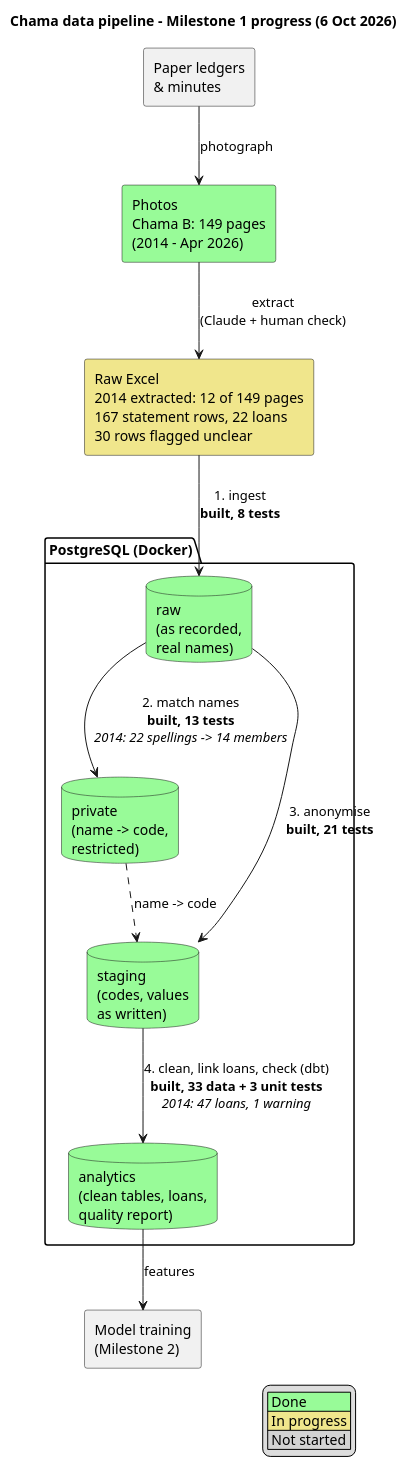
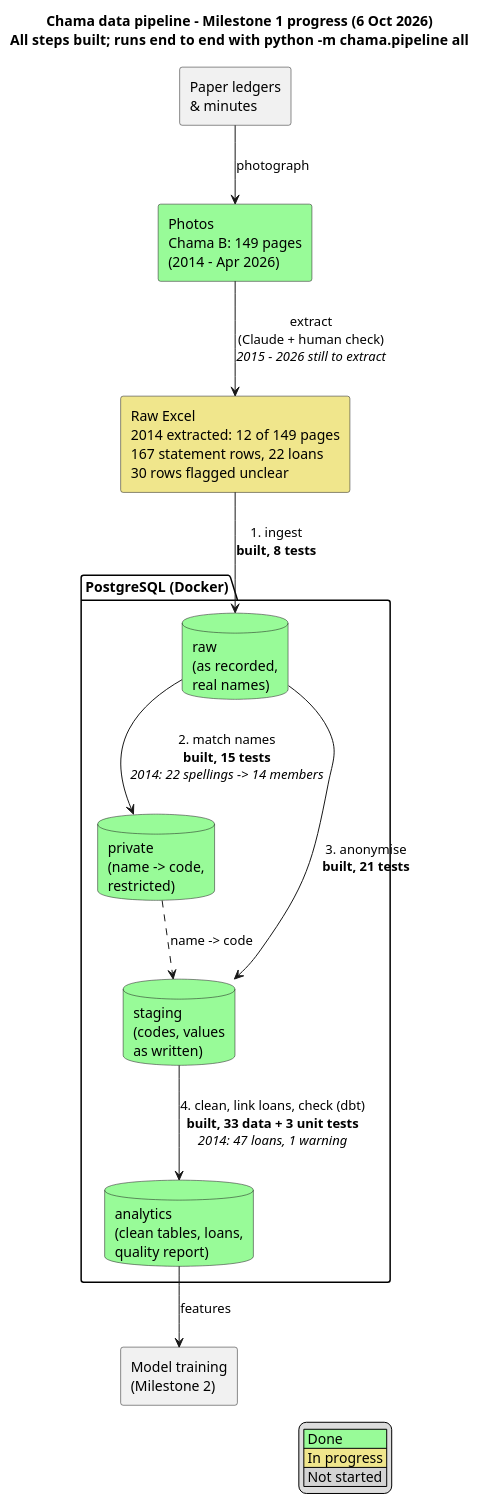
The diagram in docs/diagrams/m1_progress.puml (muriithi-alvin/chama-loan-default), drawn with PlantUML before and after one commit. The commit also changed 3 other files, not shown here.

```diff
--- a/docs/diagrams/m1_progress.puml
+++ b/docs/diagrams/m1_progress.puml
@@ -1,33 +1,33 @@
 @startuml m1_progress
-title Chama data pipeline - Milestone 1 progress (6 Oct 2026)
+title Chama data pipeline - Milestone 1 progress (6 Oct 2026)\nAll steps built; runs end to end with  python -m chama.pipeline all
 skinparam componentStyle rectangle
 skinparam shadowing false
 
 rectangle "Paper ledgers\n& minutes" as ledgers
 rectangle "Photos\nChama B: 149 pages\n(2014 - Apr 2026)" as photos #palegreen
 rectangle "Raw Excel\n2014 extracted: 12 of 149 pages\n167 statement rows, 22 loans\n30 rows flagged unclear" as excel #khaki
 
 package "PostgreSQL (Docker)" {
   database "raw\n(as recorded,\nreal names)" as raw #palegreen
   database "private\n(name -> code,\nrestricted)" as priv #palegreen
   database "staging\n(codes, values\nas written)" as staging #palegreen
   database "analytics\n(clean tables, loans,\nquality report)" as analytics #palegreen
 }
 
 rectangle "Model training\n(Milestone 2)" as model
 
 ledgers --> photos : photograph
-photos --> excel : extract\n(Claude + human check)
+photos --> excel : extract\n(Claude + human check)\n<i>2015 - 2026 still to extract</i>
 excel --> raw : 1. ingest\n<b>built, 8 tests</b>
-raw --> priv : 2. match names\n<b>built, 13 tests</b>\n<i>2014: 22 spellings -> 14 members</i>
+raw --> priv : 2. match names\n<b>built, 15 tests</b>\n<i>2014: 22 spellings -> 14 members</i>
 raw --> staging : 3. anonymise\n<b>built, 21 tests</b>
 priv ..> staging : name -> code
 staging --> analytics : 4. clean, link loans, check (dbt)\n<b>built, 33 data + 3 unit tests</b>\n<i>2014: 47 loans, 1 warning</i>
 analytics --> model : features
 
 legend right
   |<#palegreen> Done |
   |<#khaki> In progress |
   |<#lightgray> Not started |
 endlegend
 @enduml
```
